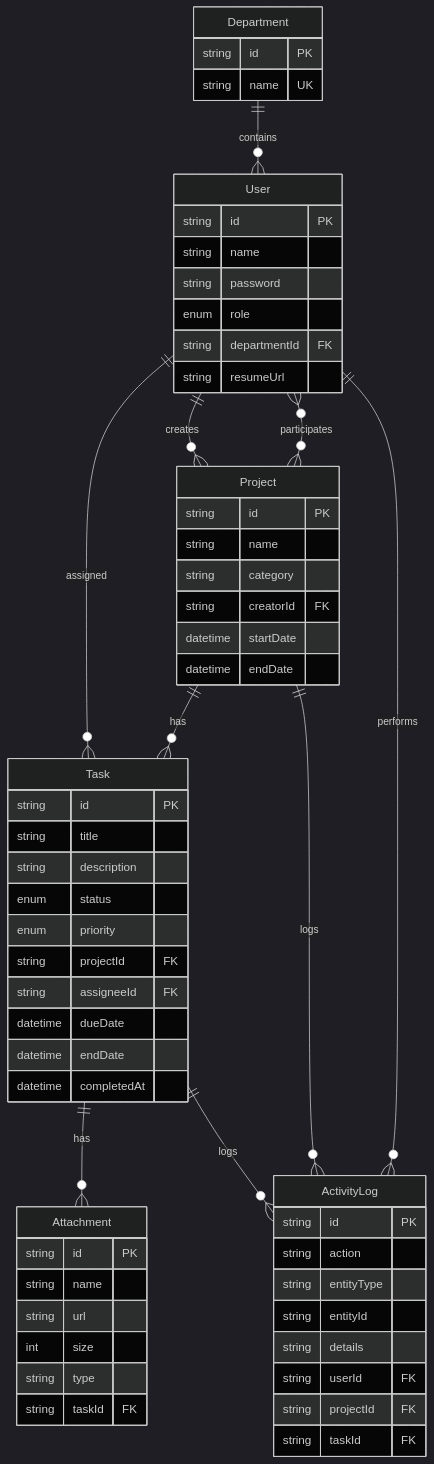
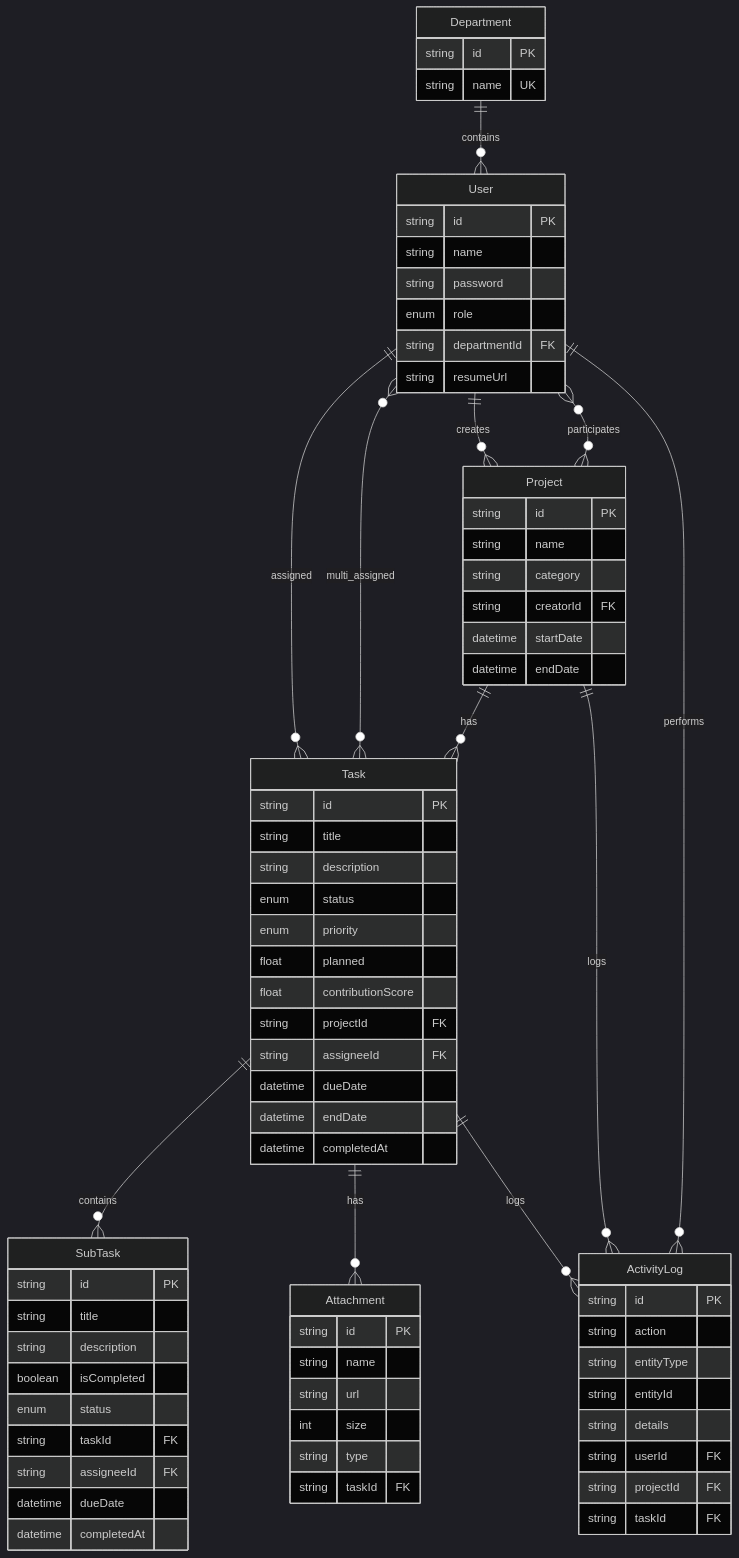
Before and after one commit to yang960920/Calendar: the diagram in README.md, drawn with Mermaid (dark theme). The commit also changed other lines of this file and 13 other files, not shown here.

````diff
--- a/README.md
+++ b/README.md
@@ -199,63 +238,78 @@
 ```mermaid
 erDiagram
     Department ||--o{ User : contains
     User ||--o{ Task : assigned
+    User }o--o{ Task : multi_assigned
     User ||--o{ Project : creates
     User }o--o{ Project : participates
     User ||--o{ ActivityLog : performs
     Project ||--o{ Task : has
     Project ||--o{ ActivityLog : logs
+    Task ||--o{ SubTask : contains
     Task ||--o{ Attachment : has
     Task ||--o{ ActivityLog : logs
 
     Department {
         string id PK
         string name UK
     }
     User {
         string id PK
         string name
         string password
         enum role
         string departmentId FK
         string resumeUrl
     }
     Project {
         string id PK
         string name
         string category
         string creatorId FK
         datetime startDate
         datetime endDate
     }
     Task {
         string id PK
         string title
         string description
         enum status
         enum priority
+        float planned
+        float contributionScore
         string projectId FK
         string assigneeId FK
         datetime dueDate
         datetime endDate
+        datetime completedAt
+    }
+    SubTask {
+        string id PK
+        string title
+        string description
+        boolean isCompleted
+        enum status
+        string taskId FK
+        string assigneeId FK
+        datetime dueDate
         datetime completedAt
     }
     Attachment {
         string id PK
         string name
         string url
         int size
         string type
         string taskId FK
     }
     ActivityLog {
         string id PK
         string action
         string entityType
         string entityId
         string details
         string userId FK
         string projectId FK
         string taskId FK
     }
 ```
````
